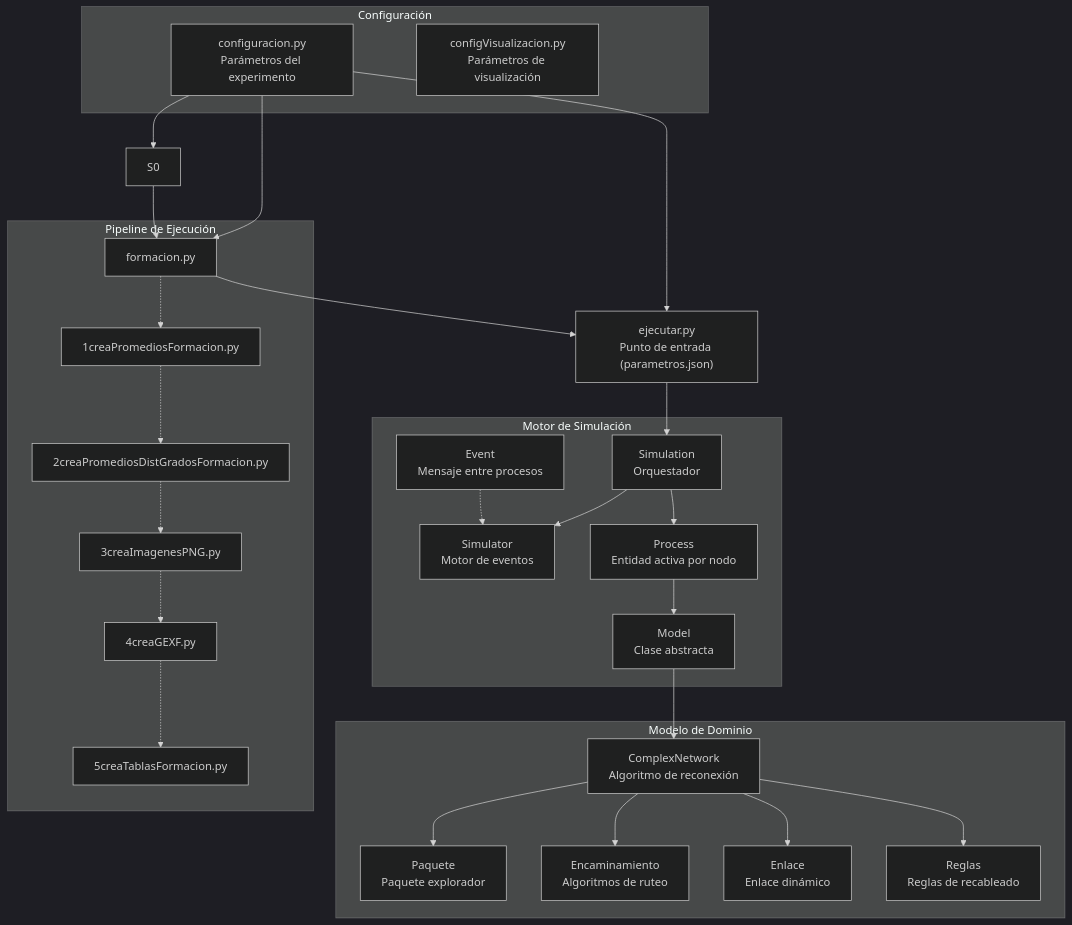
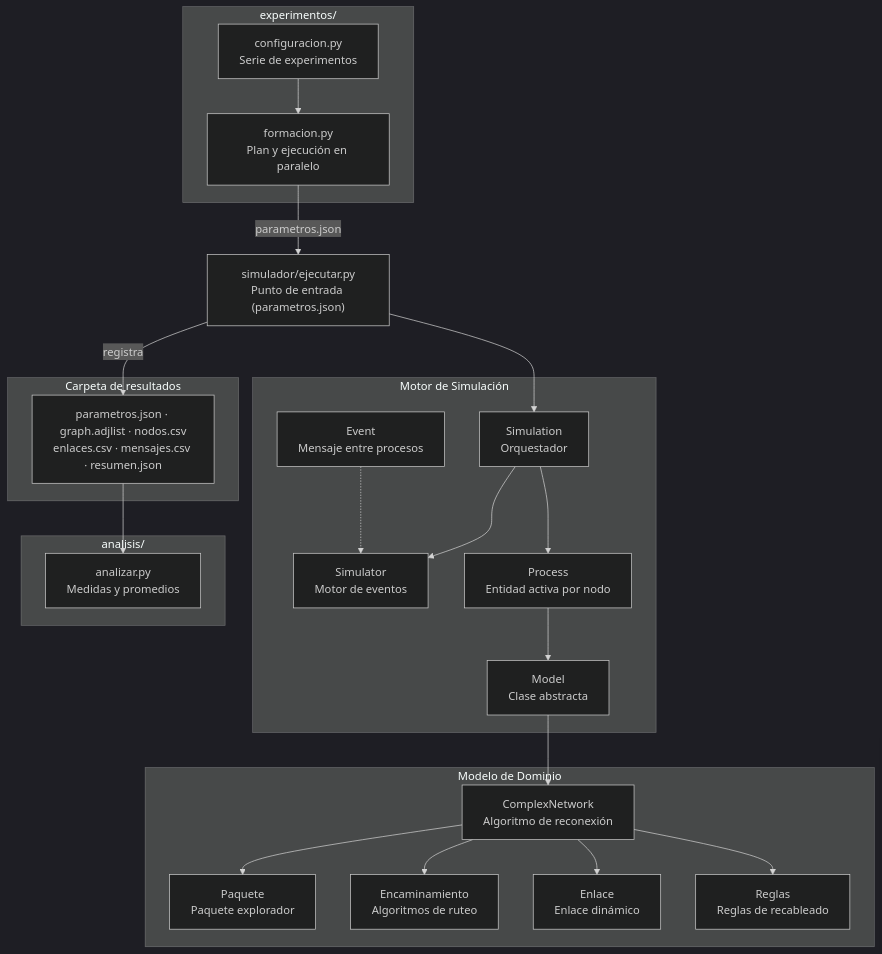
Before and after one commit to netscience/rewiring: the first of 6 diagrams in README.md, drawn with Mermaid (dark theme). The commit also changed other lines of this file and 67 other files, not shown here.

Commit message:
separar simulador, experimentos y análisis

````diff
--- a/README.md
+++ b/README.md
@@ -221,54 +239,47 @@
 ```mermaid
 graph TD
     subgraph "Motor de Simulación"
         SIM["Simulator<br/>Motor de eventos"]
         SIMUL["Simulation<br/>Orquestador"]
         PROC["Process<br/>Entidad activa por nodo"]
         MODEL["Model<br/>Clase abstracta"]
         EVT["Event<br/>Mensaje entre procesos"]
     end
 
     subgraph "Modelo de Dominio"
         CN["ComplexNetwork<br/>Algoritmo de reconexión"]
         PKG["Paquete<br/>Paquete explorador"]
         ENC["Encaminamiento<br/>Algoritmos de ruteo"]
         ENL["Enlace<br/>Enlace dinámico"]
         REG["Reglas<br/>Reglas de recableado"]
     end
 
-    subgraph "Configuración"
-        CONF["configuracion.py<br/>Parámetros del experimento"]
-        CONFV["configVisualizacion.py<br/>Parámetros de visualización"]
+    subgraph "experimentos/"
+        CONF["configuracion.py<br/>Serie de experimentos"]
+        FORM["formacion.py<br/>Plan y ejecución en paralelo"]
     end
 
-    subgraph "Pipeline de Ejecución"
-        FORM["formacion.py"]
-        S1["1creaPromediosFormacion.py"]
-        S2["2creaPromediosDistGradosFormacion.py"]
-        S3["3creaImagenesPNG.py"]
-        S4["4creaGEXF.py"]
-        S5["5creaTablasFormacion.py"]
+    subgraph "Carpeta de resultados"
+        RES["parametros.json · graph.adjlist · nodos.csv<br/>enlaces.csv · mensajes.csv · resumen.json"]
     end
 
-    MAIN["ejecutar.py<br/>Punto de entrada (parametros.json)"] --> SIMUL
+    subgraph "analisis/"
+        AN["analizar.py<br/>Medidas y promedios"]
+    end
+
+    MAIN["simulador/ejecutar.py<br/>Punto de entrada (parametros.json)"] --> SIMUL
     SIMUL --> SIM
     SIMUL --> PROC
     PROC --> MODEL
     MODEL --> CN
     CN --> PKG
     CN --> ENC
     CN --> ENL
     CN --> REG
     EVT -.-> SIM
 
-    CONF --> MAIN
-    CONF --> S0
     CONF --> FORM
-    FORM --> MAIN
-    S0 --> FORM
-    FORM -.-> S1
-    S1 -.-> S2
-    S2 -.-> S3
-    S3 -.-> S4
-    S4 -.-> S5
+    FORM -->|parametros.json| MAIN
+    MAIN -->|registra| RES
+    RES --> AN
 ```
````
